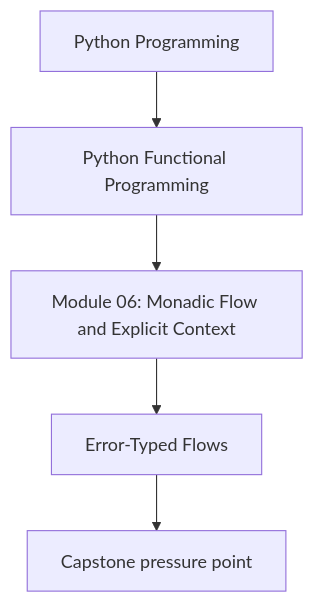
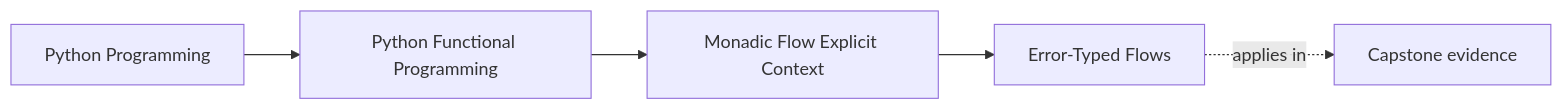
One commit to bijux/bijux-masterclass changed the first of 2 diagrams in programs/python-programming/python-functional-programming/course-book/module-06-monadic-flow-explicit-context/error-typed-flows.md. Above: the diagram before and after it, drawn with Mermaid. The commit also changed other lines of this file and 108 other files, not shown here.

Commit message:
docs(python-functional-programming): map capstone and advanced design surfaces

````diff
--- a/programs/python-programming/python-functional-programming/course-book/module-06-monadic-flow-explicit-context/error-typed-flows.md
+++ b/programs/python-programming/python-functional-programming/course-book/module-06-monadic-flow-explicit-context/error-typed-flows.md
@@ -7,7 +7,11 @@
 ```mermaid
-flowchart TD
-  family["Python Programming"] --> program["Python Functional Programming"]
-  program --> module["Module 06: Monadic Flow and Explicit Context"]
-  module --> concept["Error-Typed Flows"]
-  concept --> capstone["Capstone pressure point"]
+graph LR
+  family["Python Programming"]
+  program["Python Functional Programming"]
+  section["Monadic Flow Explicit Context"]
+  page["Error-Typed Flows"]
+  capstone["Capstone evidence"]
+
+  family --> program --> section --> page
+  page -.applies in.-> capstone
 ```
````
